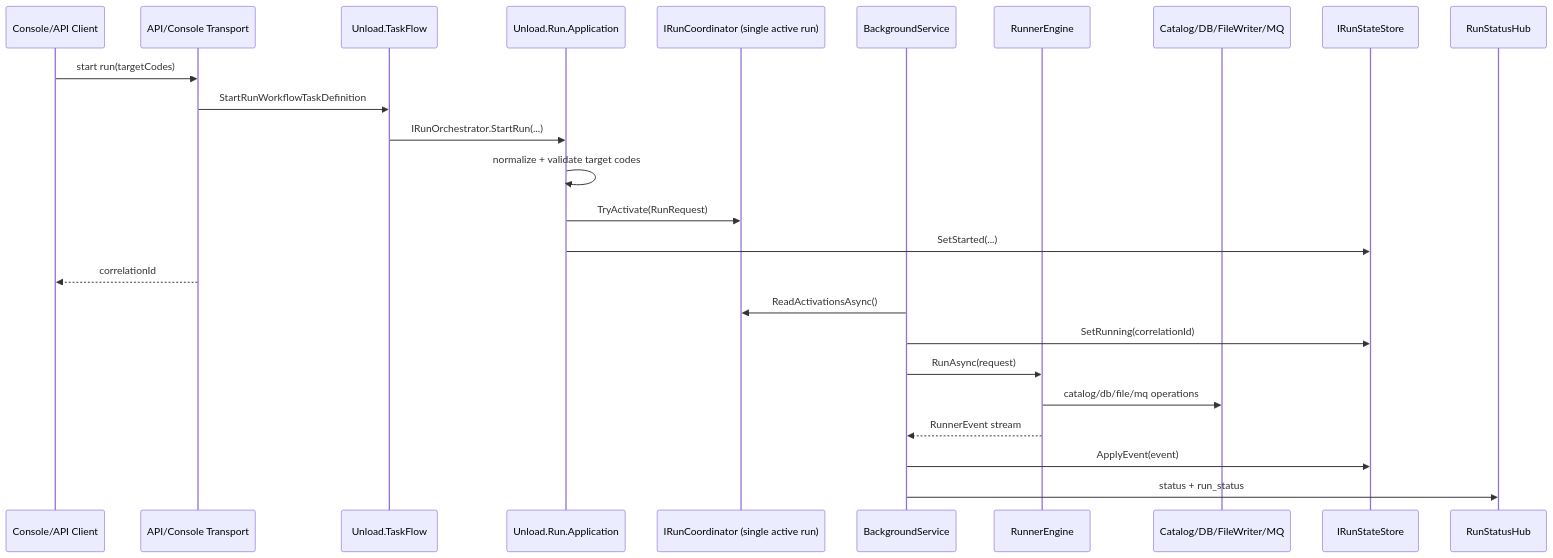
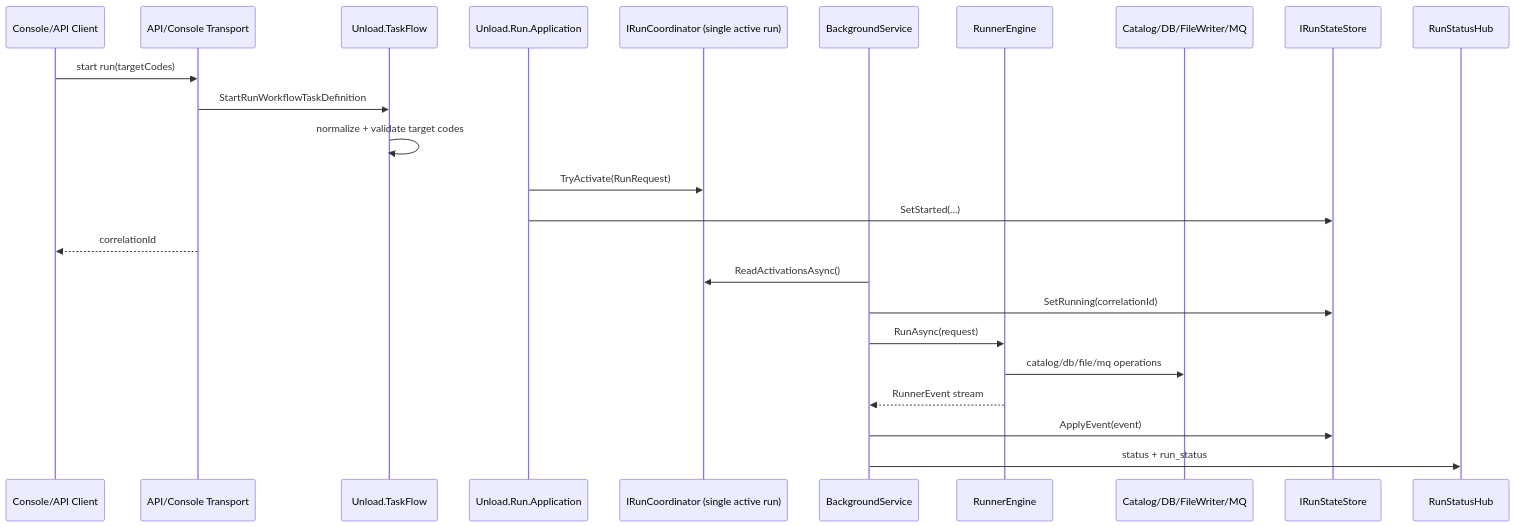
The second of 2 diagrams in docs/ARCHITECTURE.md (Dehydrohaloalkan/unload), drawn with Mermaid before and after one commit. The commit also changed other lines of this file and 12 other files, not shown here.

````diff
--- a/docs/ARCHITECTURE.md
+++ b/docs/ARCHITECTURE.md
@@ -347,29 +347,28 @@
 ```mermaid
 sequenceDiagram
     participant Client as Console/API Client
     participant Transport as API/Console Transport
     participant TaskFlow as Unload.TaskFlow
     participant RunApp as Unload.Run.Application
     participant Coordinator as IRunCoordinator (single active run)
     participant Worker as BackgroundService
     participant Runner as RunnerEngine
     participant Infra as Catalog/DB/FileWriter/MQ
     participant State as IRunStateStore
     participant SignalR as RunStatusHub
 
     Client->>Transport: start run(targetCodes)
     Transport->>TaskFlow: StartRunWorkflowTaskDefinition
-    TaskFlow->>RunApp: IRunOrchestrator.StartRun(...)
-    RunApp->>RunApp: normalize + validate target codes
+    TaskFlow->>TaskFlow: normalize + validate target codes
     RunApp->>Coordinator: TryActivate(RunRequest)
     RunApp->>State: SetStarted(...)
     Transport-->>Client: correlationId
 
     Worker->>Coordinator: ReadActivationsAsync()
     Worker->>State: SetRunning(correlationId)
     Worker->>Runner: RunAsync(request)
     Runner->>Infra: catalog/db/file/mq operations
     Runner-->>Worker: RunnerEvent stream
     Worker->>State: ApplyEvent(event)
     Worker->>SignalR: status + run_status
 ```
````
